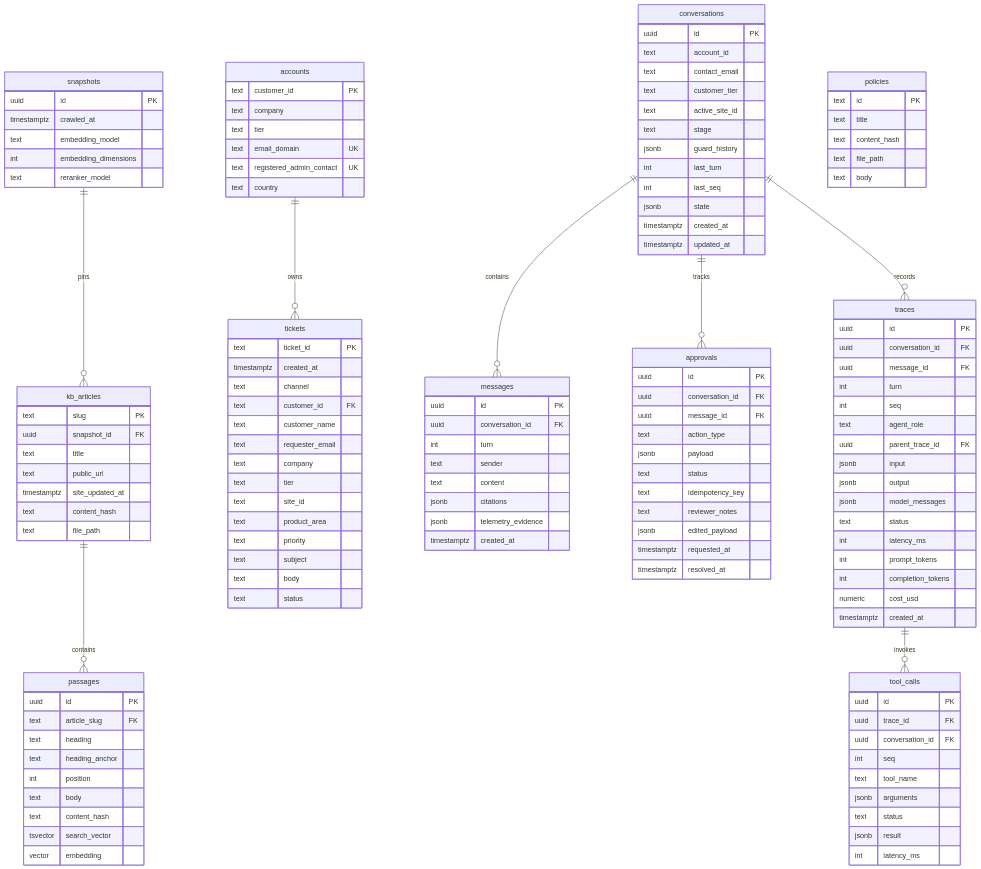
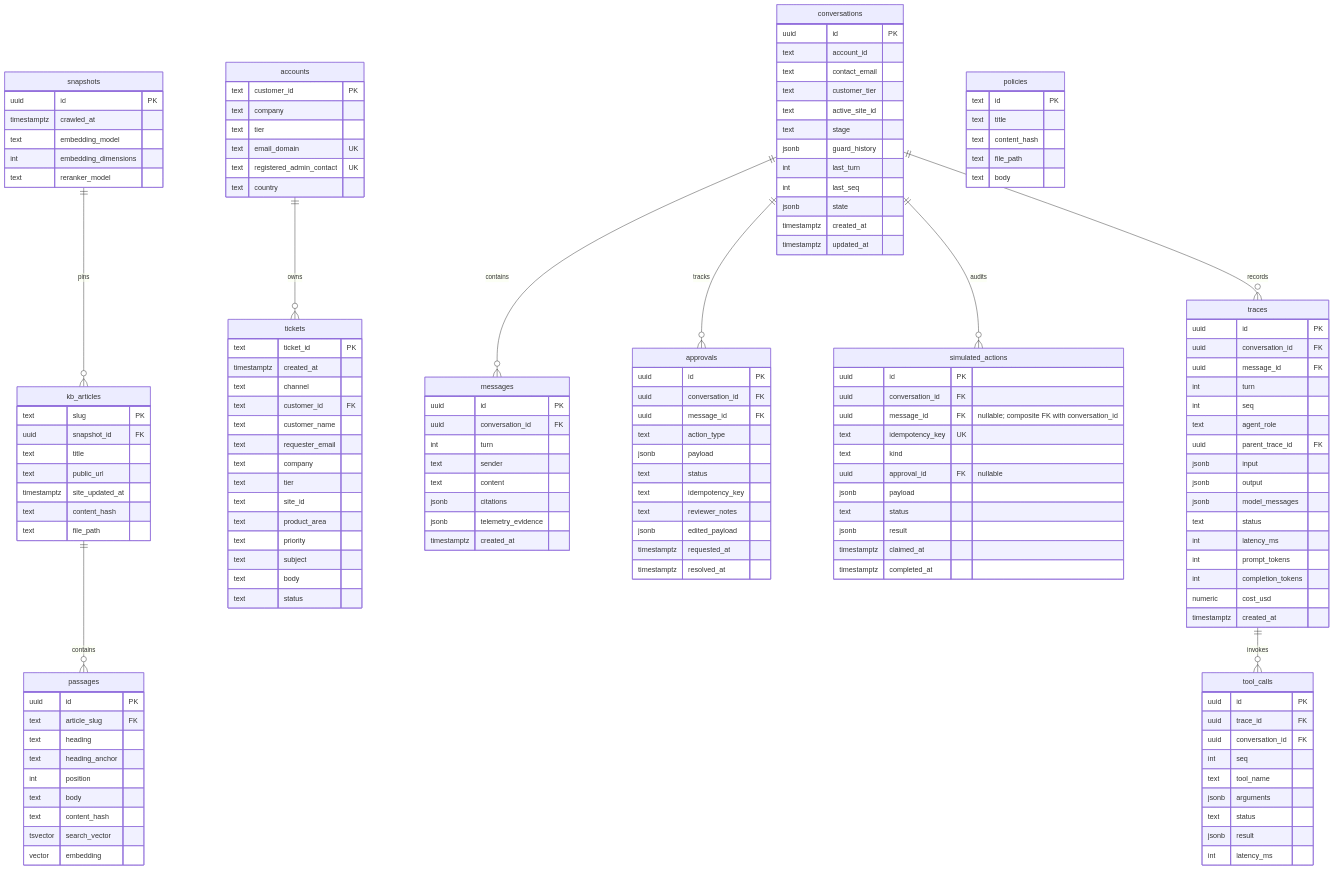
One commit to yaara-manor/cato-networks changed the third of 5 diagrams in docs/architecture/system-architecture-design.md. Above: the diagram before and after it, drawn with Mermaid. The commit also changed other lines of this file and 3 other files, not shown here.

Commit message:
docs(31): architecture, ADR-013, ticket note

```diff
--- a/docs/architecture/system-architecture-design.md
+++ b/docs/architecture/system-architecture-design.md
@@ -237,6 +237,7 @@
     accounts ||--o{ tickets : owns
     conversations ||--o{ messages : contains
     conversations ||--o{ approvals : tracks
+    conversations ||--o{ simulated_actions : audits
     conversations ||--o{ traces : records
     traces ||--o{ tool_calls : invokes
 
@@ -330,6 +331,20 @@
         timestamptz created_at
     }
 
+    simulated_actions {
+        uuid id PK
+        uuid conversation_id FK
+        uuid message_id FK "nullable; composite FK with conversation_id"
+        text idempotency_key UK
+        text kind
+        uuid approval_id FK "nullable"
+        jsonb payload
+        text status
+        jsonb result
+        timestamptz claimed_at
+        timestamptz completed_at
+    }
+
     approvals {
         uuid id PK
         uuid conversation_id FK
```
